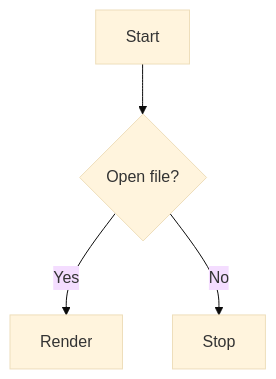
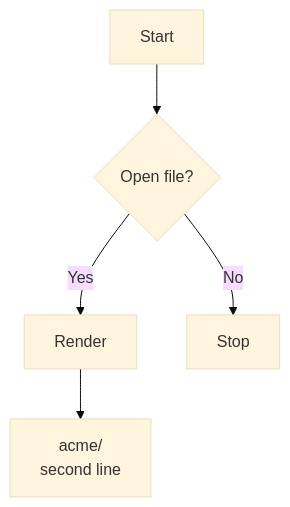
The diagram in test/fixtures/diagram.md (froquede/specterm), drawn with Mermaid (base theme) before and after one commit. The commit also changed other lines of this file, not shown here.

First line of the commit message:
test(e2e): cover fence escaping in the markdown diagram fixture

````diff
--- a/test/fixtures/diagram.md
+++ b/test/fixtures/diagram.md
@@ -8,6 +11,7 @@
 ```mermaid
 graph TD
   A[Start] --> B{Open file?}
   B -->|Yes| C[Render]
   B -->|No| D[Stop]
+  C --> E["acme/<tenant><br/>second line"]
 ```
````
